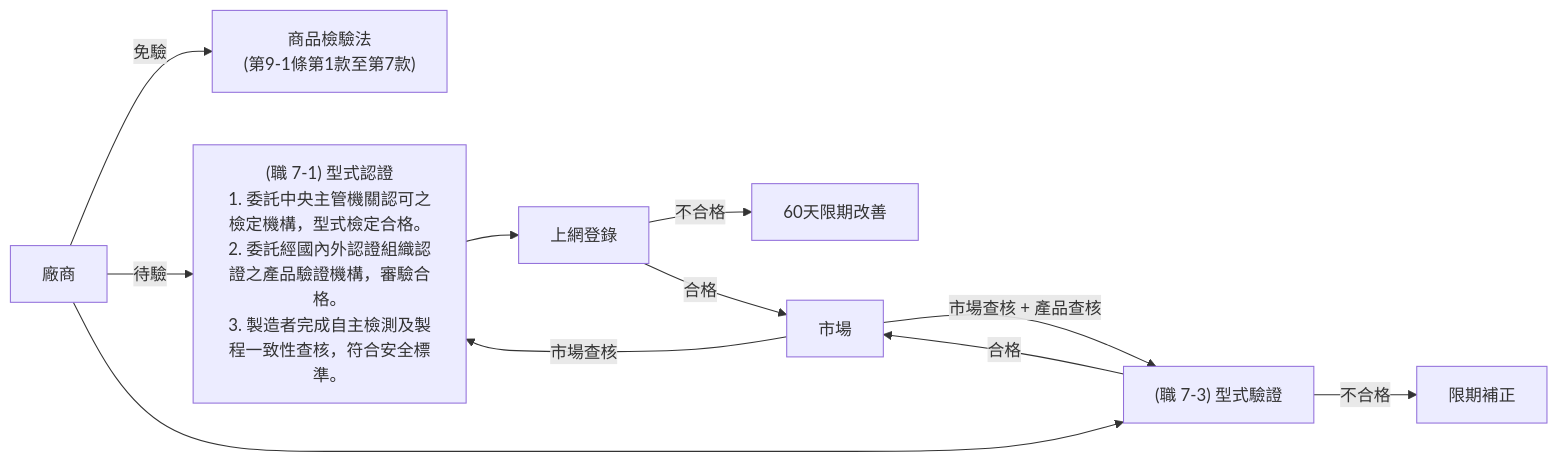
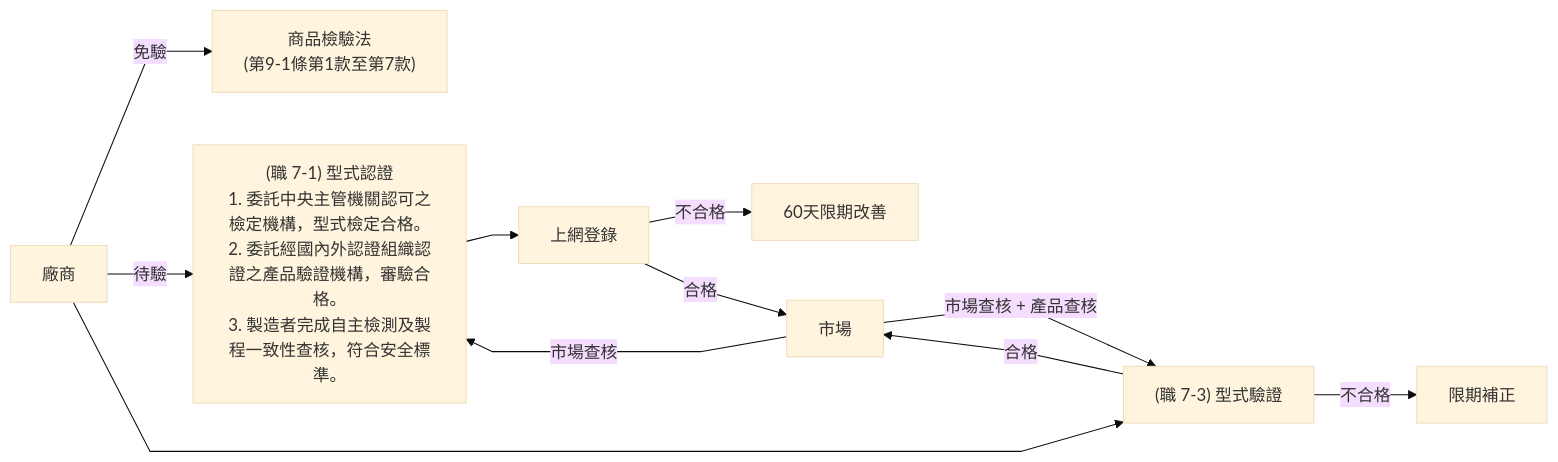
Before and after one commit to YuCH-Hank/OSH: the second of 2 diagrams in docs/機械設備.md, drawn with Mermaid. The commit also changed other lines of this file and 66 other files, not shown here.

````diff
--- a/docs/機械設備.md
+++ b/docs/機械設備.md
@@ -105,13 +105,14 @@
 ```mermaid
+%%{init: {'theme':'base','flowchart':{'htmlLabels':true,'curve':'linear'},'fontFamily':'Noto Sans TC, Microsoft JhengHei, sans-serif'}}%%
 flowchart LR
     A["廠商"] -->|免驗| B["商品檢驗法<br/>(第9-1條第1款至第7款)"]
     A -->|待驗| C["(職 7-1) 型式認證<br/>1. 委託中央主管機關認可之檢定機構，型式檢定合格。<br/>2. 委託經國內外認證組織認證之產品驗證機構，審驗合格。<br/>3. 製造者完成自主檢測及製程一致性查核，符合安全標準。"]
     C --> D["上網登錄"]
     D -->|不合格| E["60天限期改善"]
     D -->|合格| F["市場"]
     A --> G["(職 7-3) 型式驗證"]
     G -->|不合格| H["限期補正"]
     G -->|合格| F
     F -->|市場查核 + 產品查核| G
     F -->|市場查核| C
 ```
````
